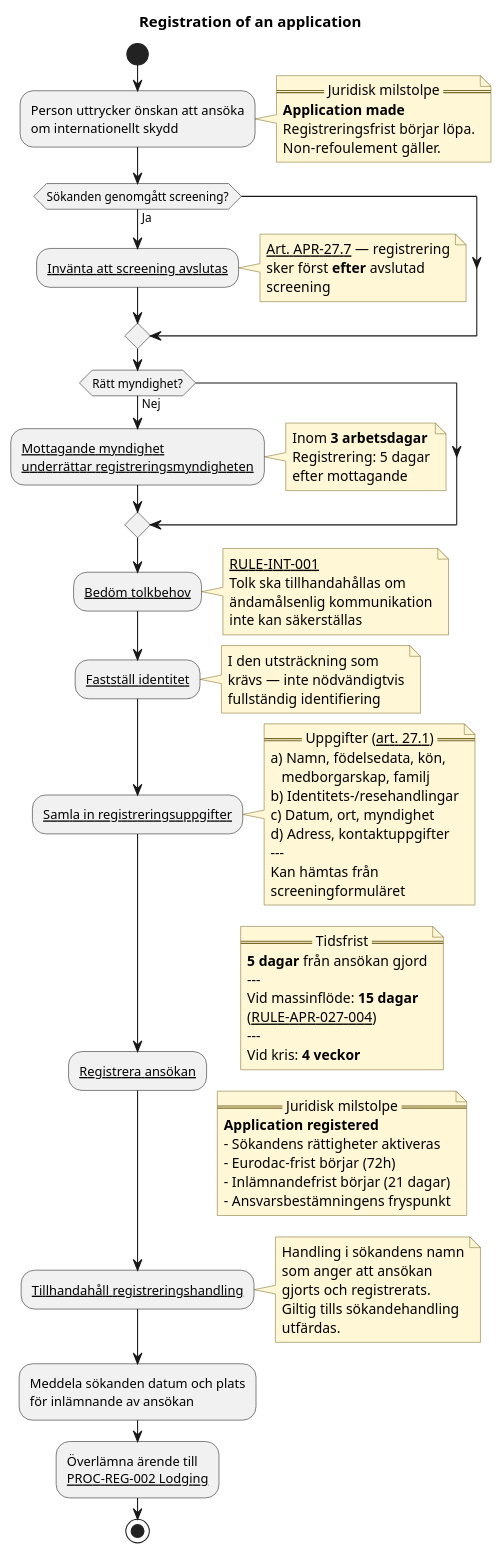
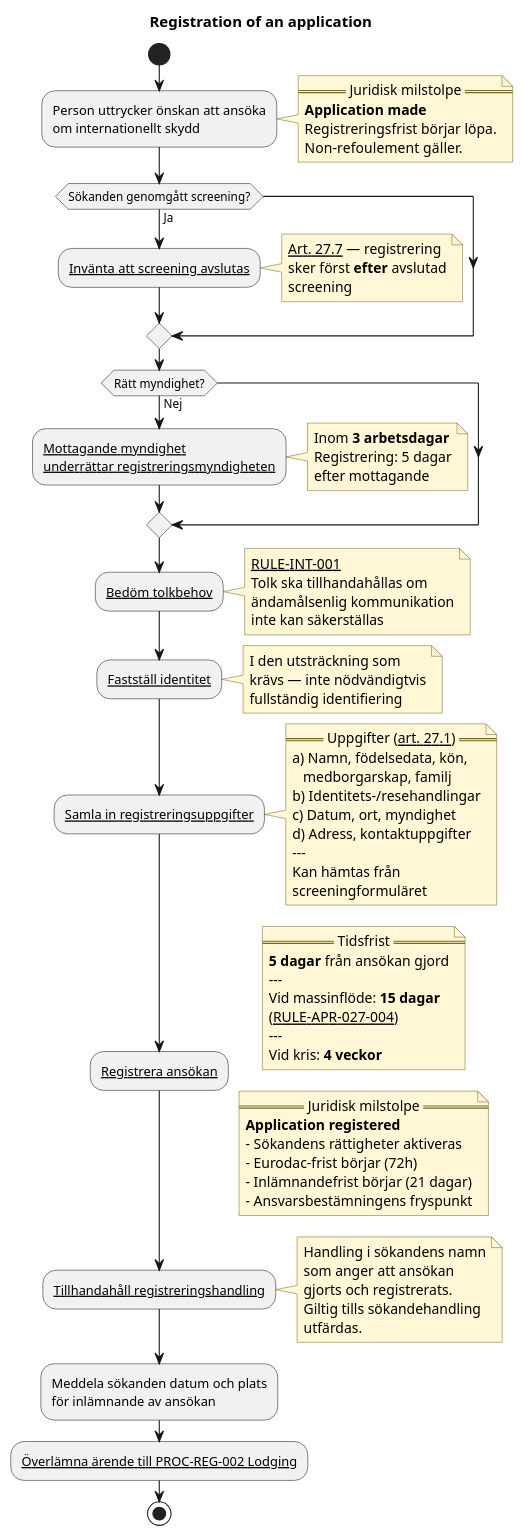
One commit to chrhe894/migration_pact changed the diagram in domains/registration/diagrams/registration-of-an-application.pu. Above: the diagram before and after it, drawn with PlantUML. The commit also changed other lines of this file and 28 other files, not shown here.

Commit message:
Improved links in diagrams

```diff
--- a/domains/registration/diagrams/registration-of-an-application.pu
+++ b/domains/registration/diagrams/registration-of-an-application.pu
@@ -15,112 +15,111 @@
 @startuml registration-of-an-application
 
 title Registration of an application
 
 skinparam shadowing false
+skinparam HyperlinkColor Black
+skinparam HyperlinkUnderline true
 skinparam defaultFontName Arial
 skinparam note {
   BackgroundColor #FFF7D6
   BorderColor #7A6A2A
 }
-skinparam HyperlinkColor Black
-skinparam HyperlinkUnderline true
 
 start
 
 :Person uttrycker önskan att ansöka
 om internationellt skydd;
 
 note right
   == Juridisk milstolpe ==
   **Application made**
   Registreringsfrist börjar löpa.
   Non-refoulement gäller.
 end note
 
 if (Sökanden genomgått screening?) then (Ja)
 
-    :[[../rules/rule-apr-027-005.md Invänta att screening avslutas]];
+    :[[/domains/registration/rules/rule-apr-027-005.md Invänta att screening avslutas]];
     note right
-      [[../articles/apr-027.md Art. APR-27.7]] — registrering
+      [[/domains/registration/articles/apr-027.md Art. 27.7]] — registrering
       sker först **efter** avslutad
       screening
     end note
 
 endif
 
 if (Rätt myndighet?) then (Nej)
 
-    :[[../rules/rule-apr-027-003.md Mottagande myndighet\nunderrättar registreringsmyndigheten]];
+    :[[/domains/registration/rules/rule-apr-027-003.md Mottagande myndighet\nunderrättar registreringsmyndigheten]];
     note right
       Inom **3 arbetsdagar**
       Registrering: 5 dagar
       efter mottagande
     end note
 
 endif
 
-:[[../../../shared/interpreters/activities/determine-interpreter-needs.md Bedöm tolkbehov]];
+:[[/shared/interpreters/activities/determine-interpreter-needs.md Bedöm tolkbehov]];
 note right
-  [[../../../shared/interpreters/rules/rule-int-001.md RULE-INT-001]]
+  [[/shared/interpreters/rules/rule-int-001.md RULE-INT-001]]
   Tolk ska tillhandahållas om
   ändamålsenlig kommunikation
   inte kan säkerställas
 end note
 
-:[[../../../shared/identity/activities/verify-identity.md Fastställ identitet]];
+:[[/shared/identity/activities/verify-identity.md Fastställ identitet]];
 note right
   I den utsträckning som
   krävs — inte nödvändigtvis
   fullständig identifiering
 end note
 
-:[[../rules/rule-apr-027-002.md Samla in registreringsuppgifter]];
+:[[/domains/registration/rules/rule-apr-027-002.md Samla in registreringsuppgifter]];
 note right
-  == Uppgifter ([[../articles/apr-027.md art. 27.1]]) ==
+  == Uppgifter ([[/domains/registration/articles/apr-027.md art. 27.1]]) ==
   a) Namn, födelsedata, kön,
      medborgarskap, familj
   b) Identitets-/resehandlingar
   c) Datum, ort, myndighet
   d) Adress, kontaktuppgifter
   ---
   Kan hämtas från
   screeningformuläret
 end note
 
-:[[../rules/rule-apr-027-001.md Registrera ansökan]];
+:[[/domains/registration/rules/rule-apr-027-001.md Registrera ansökan]];
 note right
   == Tidsfrist ==
   **5 dagar** från ansökan gjord
   ---
   Vid massinflöde: **15 dagar**
-  ([[../rules/rule-apr-027-004.md RULE-APR-027-004]])
+  ([[/domains/registration/rules/rule-apr-027-004.md RULE-APR-027-004]])
   ---
   Vid kris: **4 veckor**
 end note
 
 note right
   == Juridisk milstolpe ==
   **Application registered**
   - Sökandens rättigheter aktiveras
   - Eurodac-frist börjar (72h)
   - Inlämnandefrist börjar (21 dagar)
   - Ansvarsbestämningens fryspunkt
 end note
 
-:[[../rules/rule-apr-029-001.md Tillhandahåll registreringshandling]];
+:[[/domains/registration/rules/rule-apr-029-001.md Tillhandahåll registreringshandling]];
 note right
   Handling i sökandens namn
   som anger att ansökan
   gjorts och registrerats.
   Giltig tills sökandehandling
   utfärdas.
 end note
 
 :Meddela sökanden datum och plats
 för inlämnande av ansökan;
 
-:Överlämna ärende till
-[[../processes/lodging-an-application.md PROC-REG-002 Lodging]];
+:[[/domains/registration/processes/lodging-an-application.md Överlämna ärende till PROC-REG-002 Lodging]];
 
 stop
 @enduml
```
